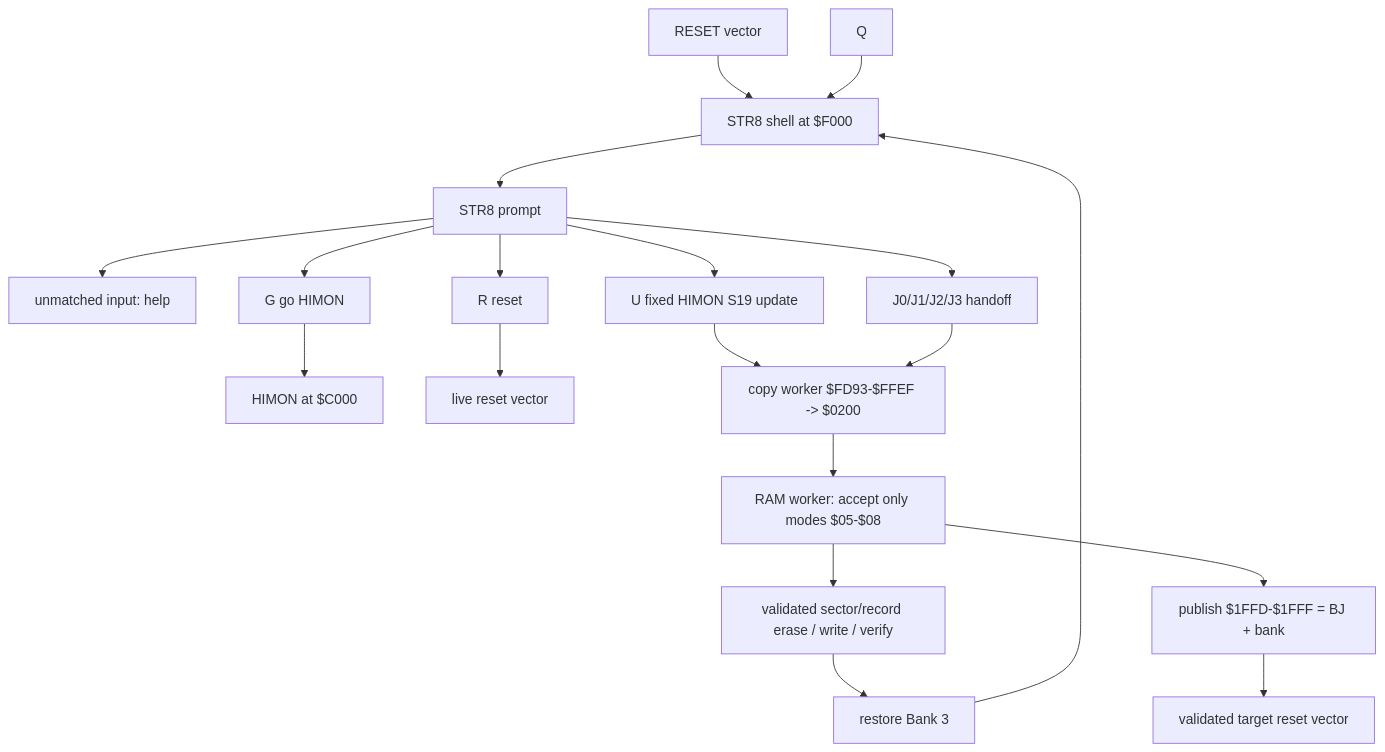
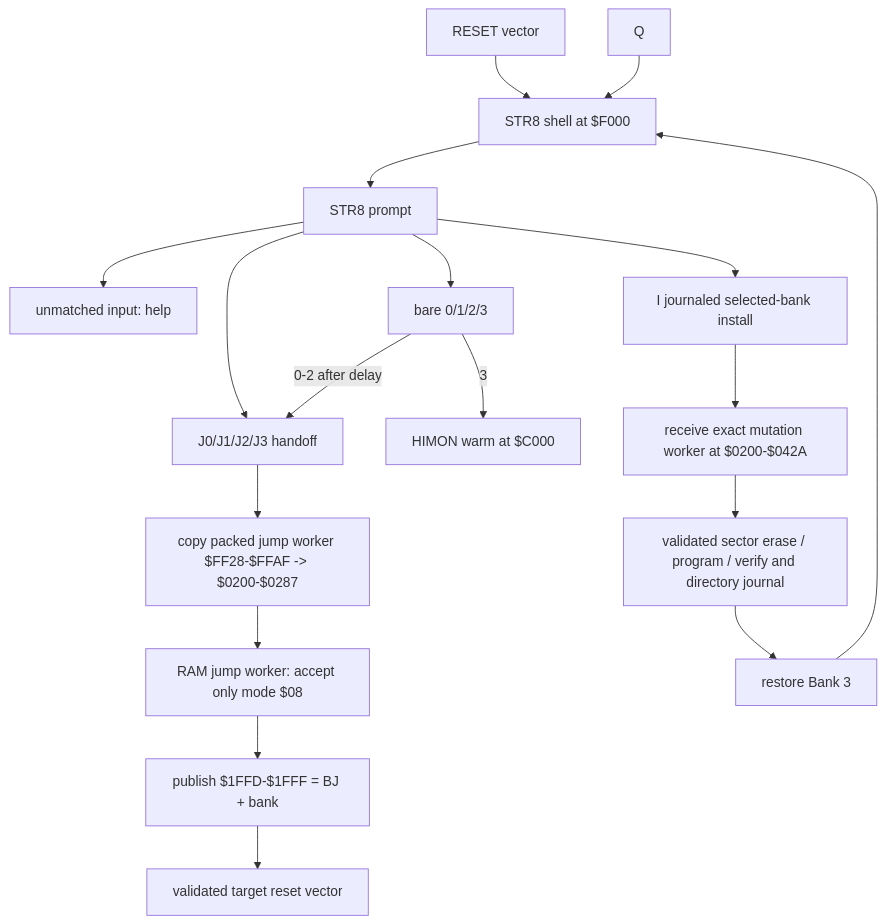
One commit to 95westus/R-YORS changed the fifth of 6 diagrams in DOC/GUIDES/STR8/STR8.md. Above: the diagram before and after it, drawn with Mermaid. The commit also changed other lines of this file and 29 other files, not shown here.

````diff
--- a/DOC/GUIDES/STR8/STR8.md
+++ b/DOC/GUIDES/STR8/STR8.md
@@ -711,25 +723,23 @@
 ```mermaid
 flowchart TD
     RESET[RESET vector] --> STR8[STR8 shell at $F000]
     STR8 --> PROMPT[STR8 prompt]
 
     PROMPT --> BAD[unmatched input: help]
-    PROMPT --> U[U fixed HIMON S19 update]
+    PROMPT --> I[I journaled selected-bank install]
+    PROMPT --> SELECT[bare 0/1/2/3]
     PROMPT --> J[J0/J1/J2/J3 handoff]
-    PROMPT --> G[G go HIMON]
-    PROMPT --> R[R reset]
 
-    G --> HIMON[HIMON at $C000]
-    R --> RESETV[live reset vector]
-
-    U --> COPY[copy worker $FD93-$FFEF -> $0200]
-    J --> COPY
-    COPY --> WORKER[RAM worker: accept only modes $05-$08]
-    WORKER --> FLASH[validated sector/record erase / write / verify]
+    SELECT -->|3| HIMON[HIMON warm at $C000]
+    SELECT -->|0-2 after delay| J
+    I --> UPLOAD[receive exact mutation worker at $0200-$042A]
+    UPLOAD --> FLASH[validated sector erase / program / verify and directory journal]
+    J --> COPY[copy packed jump worker $FF28-$FFAF -> $0200-$0287]
+    COPY --> JWORKER[RAM jump worker: accept only mode $08]
     FLASH --> BANK3[restore Bank 3]
     BANK3 --> STR8
-    WORKER --> BJR[publish $1FFD-$1FFF = BJ + bank]
+    JWORKER --> BJR[publish $1FFD-$1FFF = BJ + bank]
     BJR --> GUEST[validated target reset vector]
 
     Q --> STR8
 ```
````
